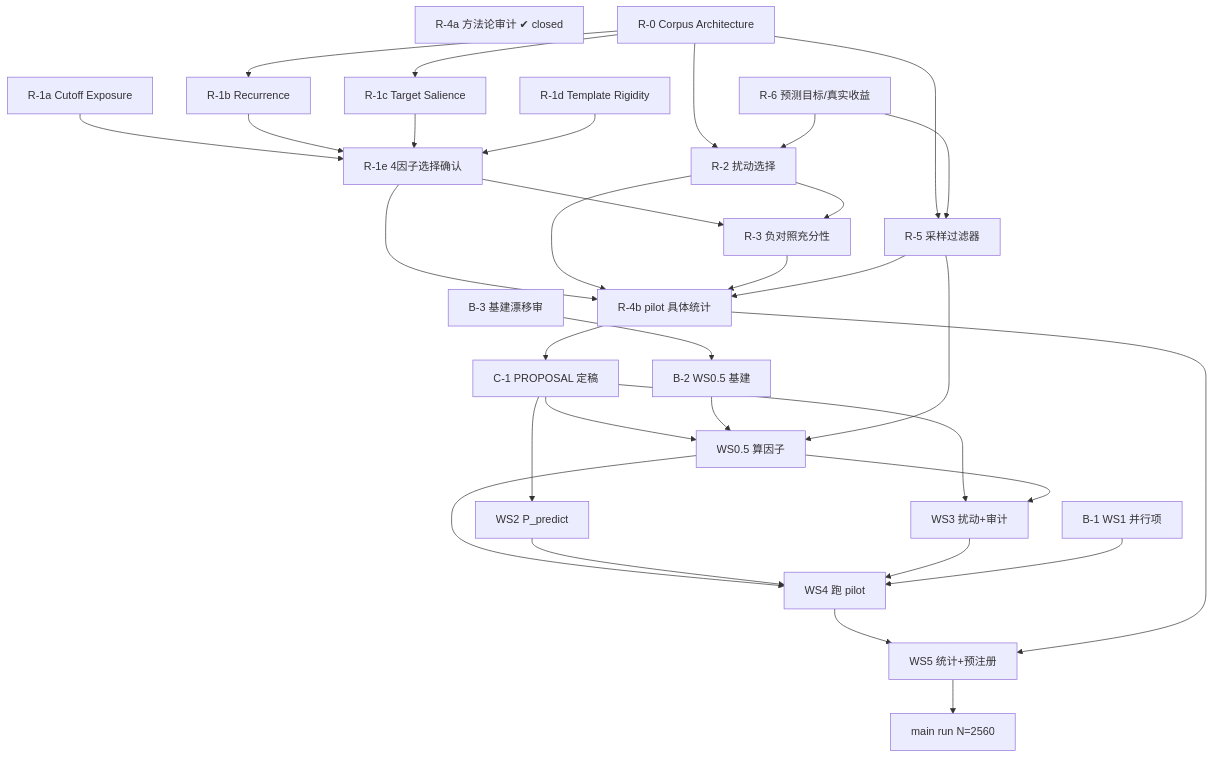
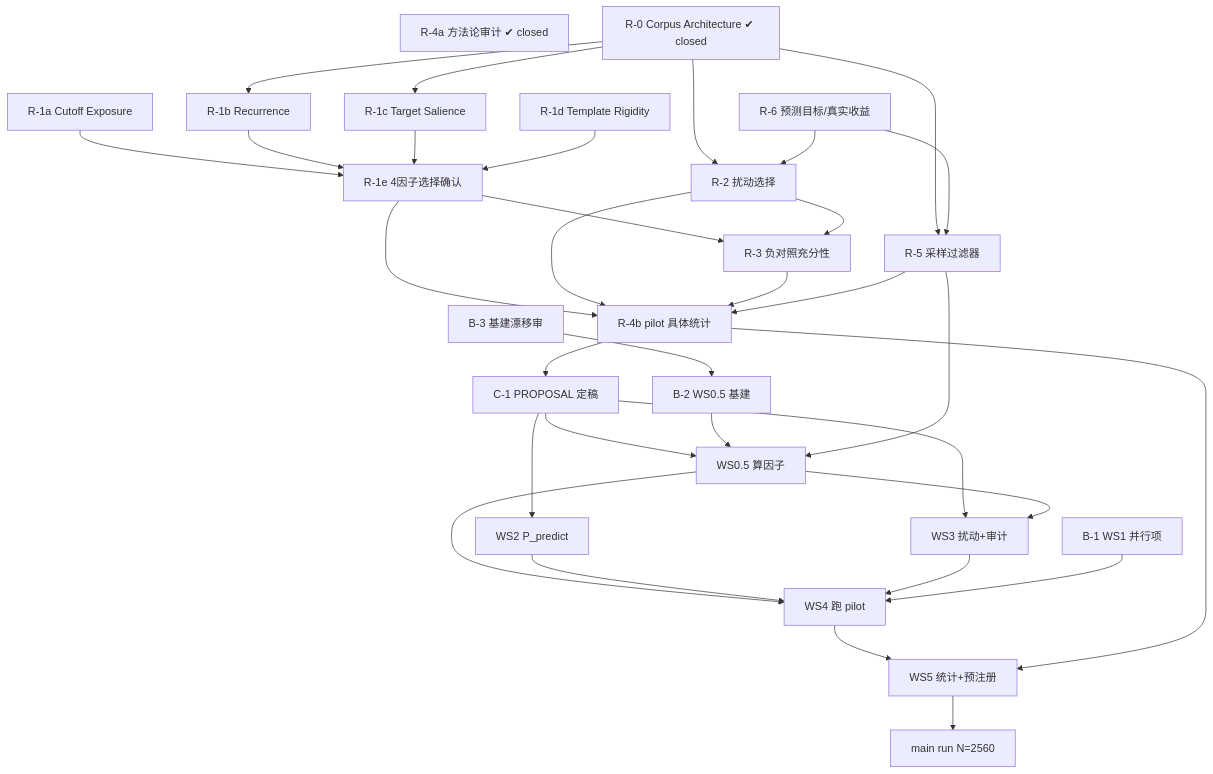
Before and after one commit to HDLiter/LLM-Leakage-Test: the diagram in plans/worktable.md, drawn with Mermaid. The commit also changed other lines of this file and 3 other files, not shown here.

First line of the commit message:
Close R-0 Corpus Architecture; lock 4-layer container + entity-first pipeline + Pool B base

````diff
--- a/plans/worktable.md
+++ b/plans/worktable.md
@@ -165,57 +189,57 @@
 ```mermaid
 flowchart TD
     R4a["R-4a 方法论审计 ✔ closed"]
-    R0["R-0 Corpus Architecture"]
+    R0["R-0 Corpus Architecture ✔ closed"]
     R6["R-6 预测目标/真实收益"]
     R1a["R-1a Cutoff Exposure"]
     R1b["R-1b Recurrence"]
     R1c["R-1c Target Salience"]
     R1d["R-1d Template Rigidity"]
     R1e["R-1e 4因子选择确认"]
     R2["R-2 扰动选择"]
     R5["R-5 采样过滤器"]
     R3["R-3 负对照充分性"]
     R4b["R-4b pilot 具体统计"]
     B3["B-3 基建漂移审"]
     B2["B-2 WS0.5 基建"]
     B1["B-1 WS1 并行项"]
     C1["C-1 PROPOSAL 定稿"]
     WS05["WS0.5 算因子"]
     WS2["WS2 P_predict"]
     WS3["WS3 扰动+审计"]
     WS4["WS4 跑 pilot"]
     WS5["WS5 统计+预注册"]
     MAIN["main run N=2560"]
 
     R0 --> R1b
     R0 --> R1c
     R0 --> R2
     R0 --> R5
     R1a --> R1e
     R1b --> R1e
     R1c --> R1e
     R1d --> R1e
     R6 --> R2
     R6 --> R5
     R1e --> R3
     R2 --> R3
     R1e --> R4b
     R2 --> R4b
     R3 --> R4b
     R5 --> R4b
     B3 --> B2
     R4b --> C1
     C1 --> WS05
     C1 --> WS2
     C1 --> WS3
     B2 --> WS05
     R5 --> WS05
     WS05 --> WS3
     WS05 --> WS4
     WS2 --> WS4
     WS3 --> WS4
     B1 --> WS4
     WS4 --> WS5
     R4b --> WS5
     WS5 --> MAIN
 ```
````
